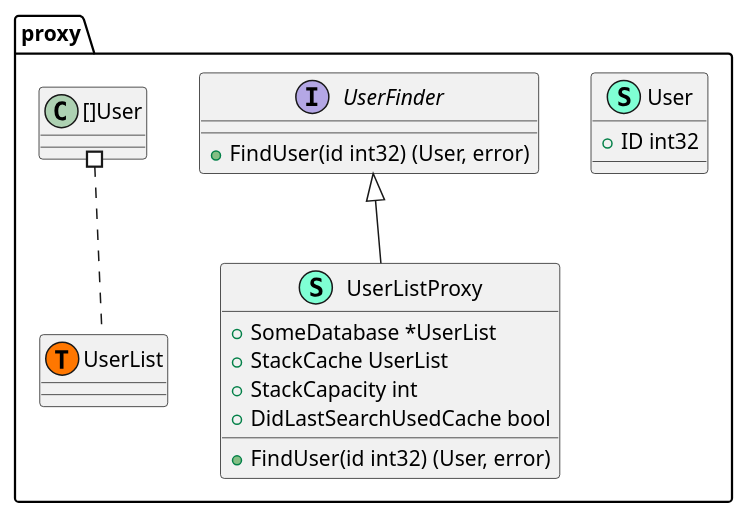
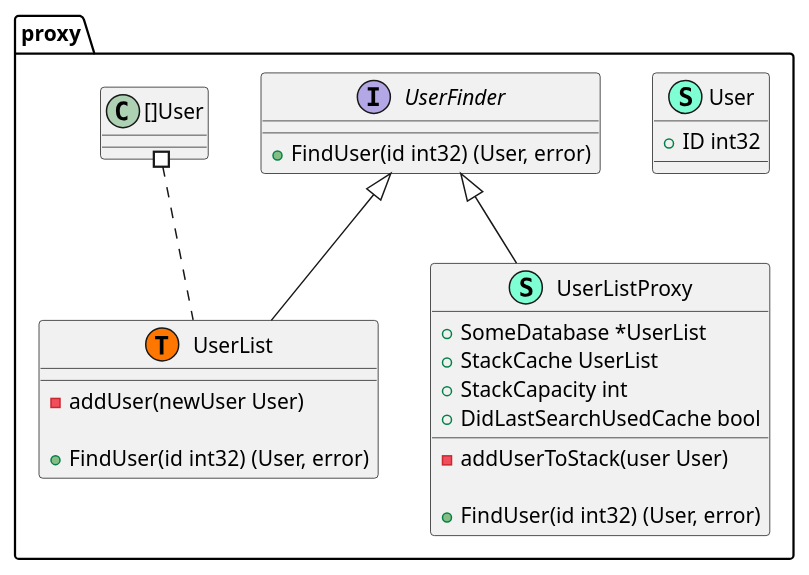
The diagram in structural/proxy/proxy.puml (huayun321/go-design-patterns), drawn with PlantUML before and after one commit. The commit also changed 2 other files, not shown here.

Commit message:
finish proxy test

```diff
--- a/structural/proxy/proxy.puml
+++ b/structural/proxy/proxy.puml
@@ -1,27 +1,36 @@
 @startuml
 namespace proxy {
     class User << (S,Aquamarine) >> {
         + ID int32
 
     }
     interface UserFinder  {
         + FindUser(id int32) (User, error)
 
     }
+    class UserList << (S,Aquamarine) >> {
+        - addUser(newUser User) 
+
+        + FindUser(id int32) (User, error)
+
+    }
     class UserListProxy << (S,Aquamarine) >> {
         + SomeDatabase *UserList
         + StackCache UserList
         + StackCapacity int
         + DidLastSearchUsedCache bool
+
+        - addUserToStack(user User) 
 
         + FindUser(id int32) (User, error)
 
     }
     class proxy.UserList << (T, #FF7700) >>  {
     }
 }
 
+"proxy.UserFinder" <|-- "proxy.UserList"
 "proxy.UserFinder" <|-- "proxy.UserListProxy"
 
 "proxy.[]User" #.. "proxy.UserList"
 @enduml
```
